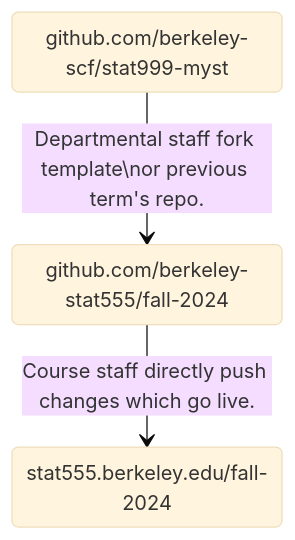
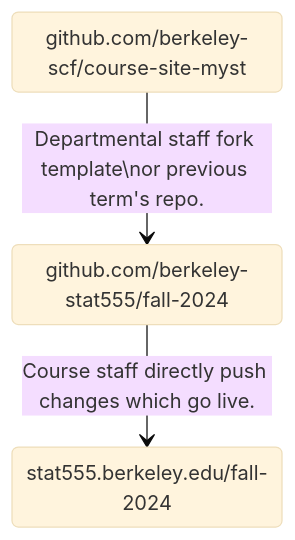
The first of 2 diagrams in README.md (berkeley-cdss/course-site-myst), drawn with Mermaid (base theme) before and after one commit. The commit also changed other lines of this file, not shown here.

````diff
--- a/README.md
+++ b/README.md
@@ -32,12 +32,12 @@
 ```mermaid
 %% State diagram documentation at
 %% https://mermaid.js.org/syntax/stateDiagram.html
 
 stateDiagram-v2
-    repo_template: github.com/berkeley-scf/stat999-myst
+    repo_template: github.com/berkeley-scf/course-site-myst
     repo_dept: github.com/berkeley-stat555/fall-2024
     website_dept: stat555.berkeley.edu/fall-2024
 
     repo_template --> repo_dept: Departmental staff fork template\nor previous term's repo.
     repo_dept --> website_dept: Course staff directly push changes which go live.
 ```
````
